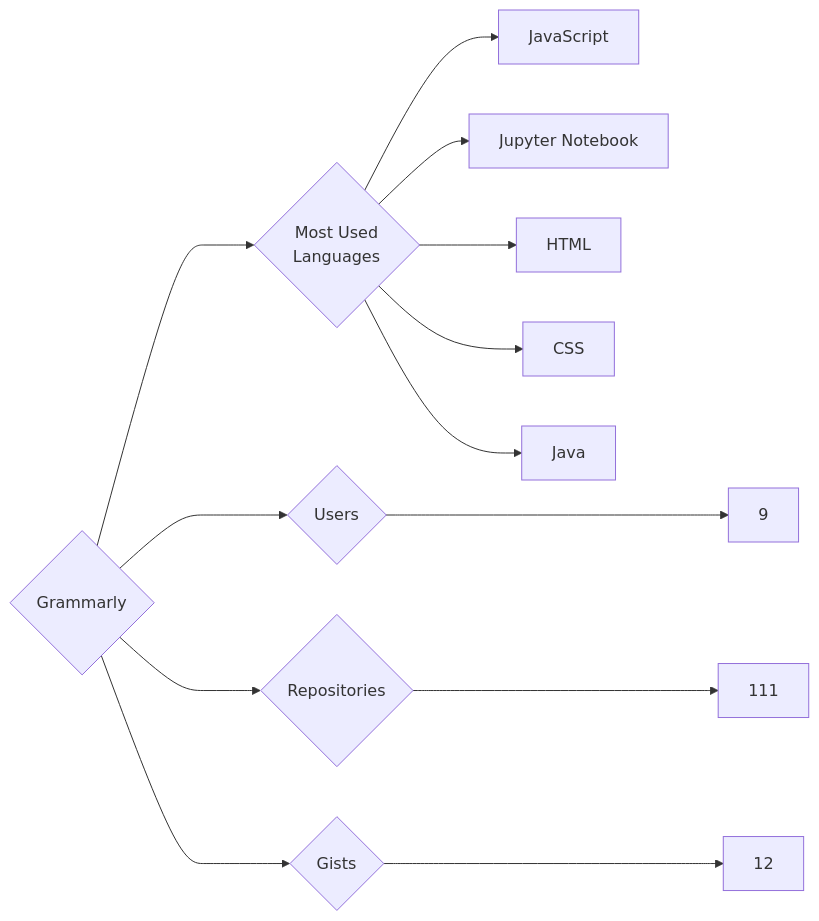
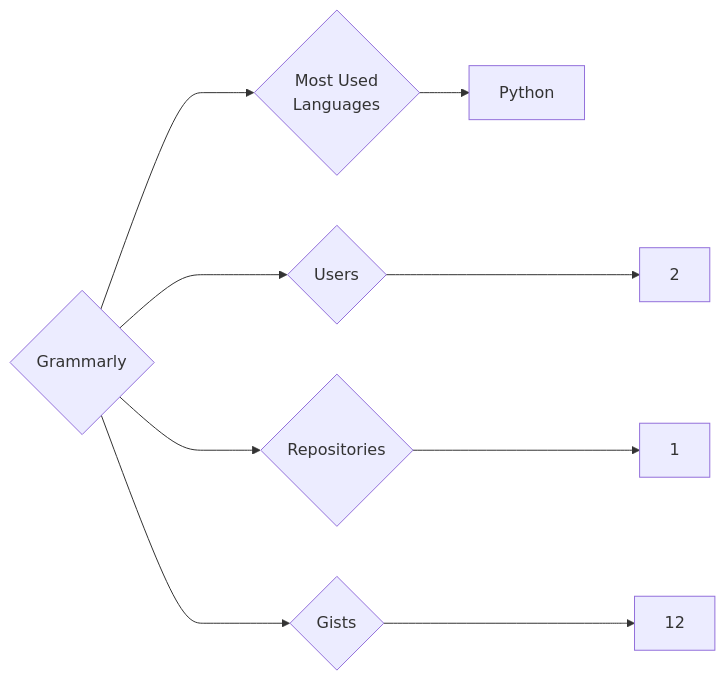
The diagram in targets/Grammarly/README.md (trickest/insiders), drawn with Mermaid before and after one commit. The commit also changed 1141 other files, not shown here.

````diff
--- a/targets/Grammarly/README.md
+++ b/targets/Grammarly/README.md
@@ -3,13 +3,9 @@
 ```mermaid
 graph LR
 COMPANY_NAME{Grammarly}
-COMPANY_NAME ---> U{Users} ---> UN[9]
-COMPANY_NAME ---> R{Repositories} ---> RN[111]
+COMPANY_NAME ---> U{Users} ---> UN[2]
+COMPANY_NAME ---> R{Repositories} ---> RN[1]
 COMPANY_NAME ---> G{Gists} ---> GN[12]
 COMPANY_NAME ---> ML{Most Used<br>Languages}
-ML --> JavaScript[JavaScript]
-ML --> Jupyter_Notebook[Jupyter Notebook]
-ML --> HTML[HTML]
-ML --> CSS[CSS]
-ML --> Java[Java]
+ML --> Python[Python]
 ```
````
